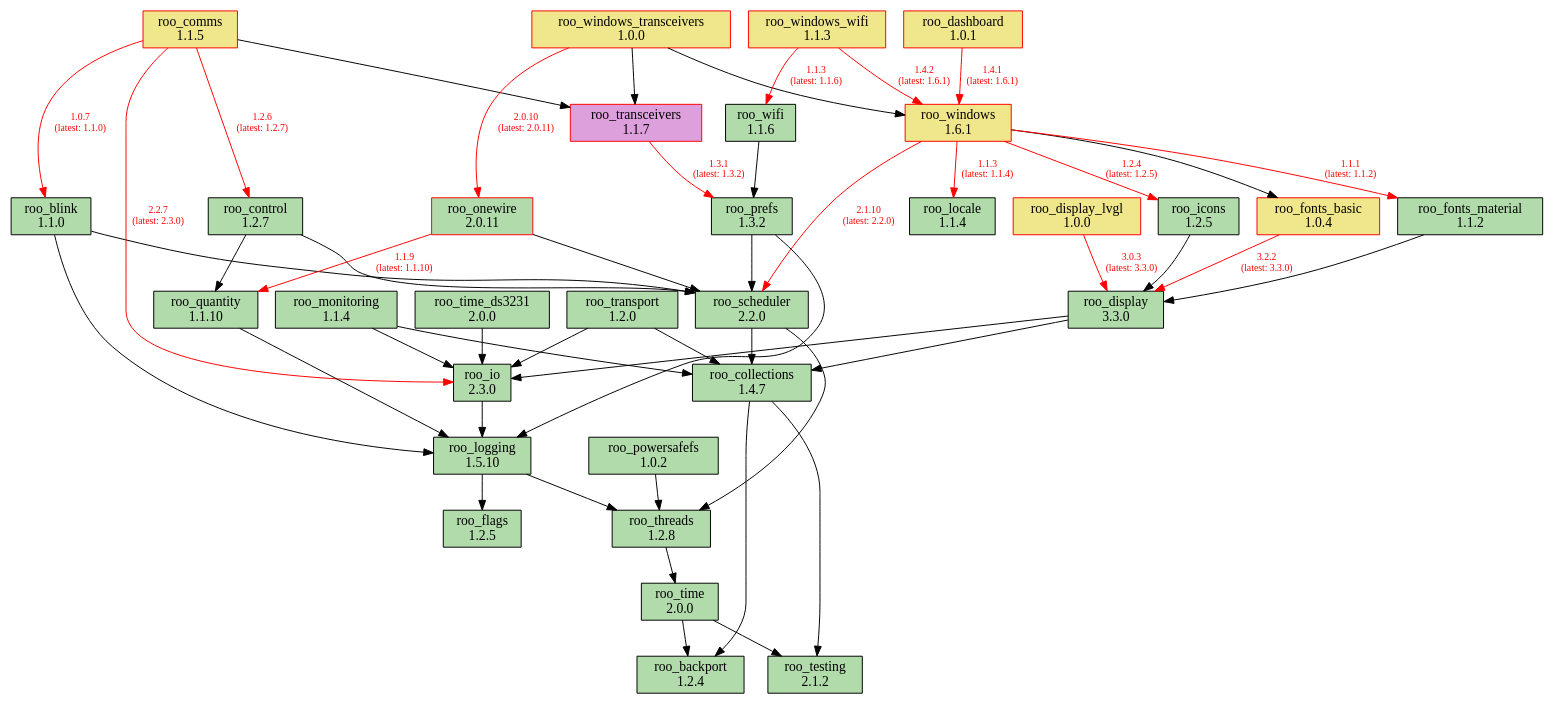
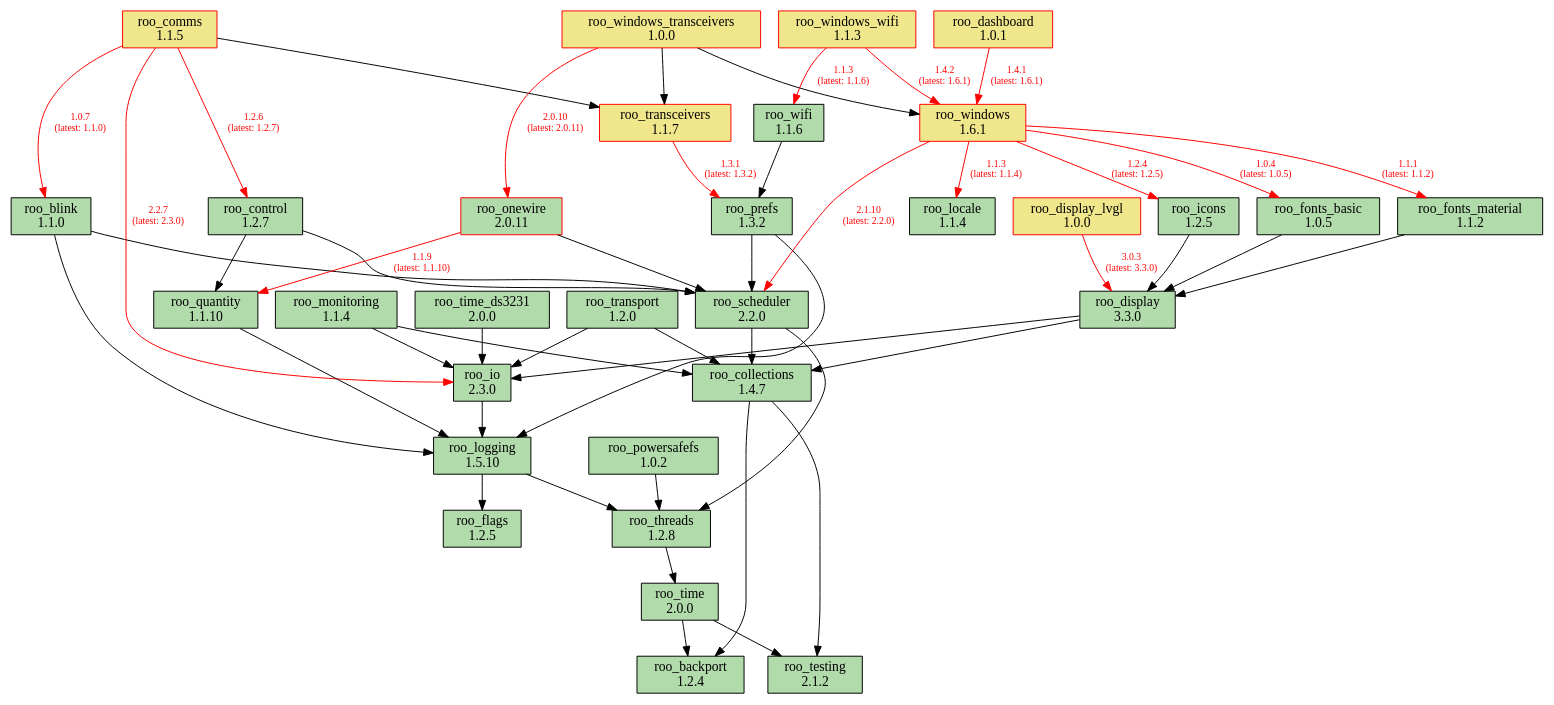
One commit to dejwk/roo-registry changed the diagram in doc/dependencies.dot. Above: the diagram before and after it, drawn with Graphviz. The commit also changed 3 other files, not shown here.

Commit message:
Added roo_fonts_basic 1.0.5 to the registry.

```diff
--- a/doc/dependencies.dot
+++ b/doc/dependencies.dot
@@ -1,88 +1,88 @@
 digraph dependencies {
     rankdir=TB;
     node [shape=box, style=filled];
     edge [fontsize=10];
 
     // Modules
     "roo_backport" [label="roo_backport\n1.2.4", fillcolor="#b1dbab", color="black"];
     "roo_blink" [label="roo_blink\n1.1.0", fillcolor="#b1dbab", color="black"];
     "roo_collections" [label="roo_collections\n1.4.7", fillcolor="#b1dbab", color="black"];
     "roo_comms" [label="roo_comms\n1.1.5", fillcolor="khaki", color="red"];
     "roo_control" [label="roo_control\n1.2.7", fillcolor="#b1dbab", color="black"];
     "roo_dashboard" [label="roo_dashboard\n1.0.1", fillcolor="khaki", color="red"];
     "roo_display" [label="roo_display\n3.3.0", fillcolor="#b1dbab", color="black"];
     "roo_display_lvgl" [label="roo_display_lvgl\n1.0.0", fillcolor="khaki", color="red"];
     "roo_flags" [label="roo_flags\n1.2.5", fillcolor="#b1dbab", color="black"];
-    "roo_fonts_basic" [label="roo_fonts_basic\n1.0.4", fillcolor="khaki", color="red"];
+    "roo_fonts_basic" [label="roo_fonts_basic\n1.0.5", fillcolor="#b1dbab", color="black"];
     "roo_fonts_material" [label="roo_fonts_material\n1.1.2", fillcolor="#b1dbab", color="black"];
     "roo_icons" [label="roo_icons\n1.2.5", fillcolor="#b1dbab", color="black"];
     "roo_io" [label="roo_io\n2.3.0", fillcolor="#b1dbab", color="black"];
     "roo_locale" [label="roo_locale\n1.1.4", fillcolor="#b1dbab", color="black"];
     "roo_logging" [label="roo_logging\n1.5.10", fillcolor="#b1dbab", color="black"];
     "roo_monitoring" [label="roo_monitoring\n1.1.4", fillcolor="#b1dbab", color="black"];
     "roo_onewire" [label="roo_onewire\n2.0.11", fillcolor="#b1dbab", color="red"];
     "roo_powersafefs" [label="roo_powersafefs\n1.0.2", fillcolor="#b1dbab", color="black"];
     "roo_prefs" [label="roo_prefs\n1.3.2", fillcolor="#b1dbab", color="black"];
     "roo_quantity" [label="roo_quantity\n1.1.10", fillcolor="#b1dbab", color="black"];
     "roo_scheduler" [label="roo_scheduler\n2.2.0", fillcolor="#b1dbab", color="black"];
     "roo_testing" [label="roo_testing\n2.1.2", fillcolor="#b1dbab", color="black"];
     "roo_threads" [label="roo_threads\n1.2.8", fillcolor="#b1dbab", color="black"];
     "roo_time" [label="roo_time\n2.0.0", fillcolor="#b1dbab", color="black"];
     "roo_time_ds3231" [label="roo_time_ds3231\n2.0.0", fillcolor="#b1dbab", color="black"];
-    "roo_transceivers" [label="roo_transceivers\n1.1.7", fillcolor="plum", color="red"];
+    "roo_transceivers" [label="roo_transceivers\n1.1.7", fillcolor="khaki", color="red"];
     "roo_transport" [label="roo_transport\n1.2.0", fillcolor="#b1dbab", color="black"];
     "roo_wifi" [label="roo_wifi\n1.1.6", fillcolor="#b1dbab", color="black"];
     "roo_windows" [label="roo_windows\n1.6.1", fillcolor="khaki", color="red"];
     "roo_windows_transceivers" [label="roo_windows_transceivers\n1.0.0", fillcolor="khaki", color="red"];
     "roo_windows_wifi" [label="roo_windows_wifi\n1.1.3", fillcolor="khaki", color="red"];
 
     // Dependencies
     "roo_blink" -> "roo_logging";
     "roo_blink" -> "roo_scheduler";
     "roo_collections" -> "roo_testing";
     "roo_collections" -> "roo_backport";
     "roo_comms" -> "roo_blink" [color=red, fontcolor=red, label="1.0.7\n(latest: 1.1.0)"];
     "roo_comms" -> "roo_control" [color=red, fontcolor=red, label="1.2.6\n(latest: 1.2.7)"];
     "roo_comms" -> "roo_io" [color=red, fontcolor=red, label="2.2.7\n(latest: 2.3.0)"];
     "roo_comms" -> "roo_transceivers";
     "roo_control" -> "roo_quantity";
     "roo_control" -> "roo_scheduler";
     "roo_dashboard" -> "roo_windows" [color=red, fontcolor=red, label="1.4.1\n(latest: 1.6.1)"];
     "roo_display" -> "roo_collections";
     "roo_display" -> "roo_io";
     "roo_display_lvgl" -> "roo_display" [color=red, fontcolor=red, label="3.0.3\n(latest: 3.3.0)"];
-    "roo_fonts_basic" -> "roo_display" [color=red, fontcolor=red, label="3.2.2\n(latest: 3.3.0)"];
+    "roo_fonts_basic" -> "roo_display";
     "roo_fonts_material" -> "roo_display";
     "roo_icons" -> "roo_display";
     "roo_io" -> "roo_logging";
     "roo_logging" -> "roo_flags";
     "roo_logging" -> "roo_threads";
     "roo_monitoring" -> "roo_collections";
     "roo_monitoring" -> "roo_io";
     "roo_onewire" -> "roo_scheduler";
     "roo_onewire" -> "roo_quantity" [color=red, fontcolor=red, label="1.1.9\n(latest: 1.1.10)"];
     "roo_powersafefs" -> "roo_threads";
     "roo_prefs" -> "roo_logging";
     "roo_prefs" -> "roo_scheduler";
     "roo_quantity" -> "roo_logging";
     "roo_scheduler" -> "roo_collections";
     "roo_scheduler" -> "roo_threads";
     "roo_threads" -> "roo_time";
     "roo_time" -> "roo_testing";
     "roo_time" -> "roo_backport";
     "roo_time_ds3231" -> "roo_io";
     "roo_transceivers" -> "roo_prefs" [color=red, fontcolor=red, label="1.3.1\n(latest: 1.3.2)"];
     "roo_transport" -> "roo_collections";
     "roo_transport" -> "roo_io";
     "roo_wifi" -> "roo_prefs";
-    "roo_windows" -> "roo_fonts_basic";
+    "roo_windows" -> "roo_fonts_basic" [color=red, fontcolor=red, label="1.0.4\n(latest: 1.0.5)"];
     "roo_windows" -> "roo_fonts_material" [color=red, fontcolor=red, label="1.1.1\n(latest: 1.1.2)"];
     "roo_windows" -> "roo_locale" [color=red, fontcolor=red, label="1.1.3\n(latest: 1.1.4)"];
     "roo_windows" -> "roo_icons" [color=red, fontcolor=red, label="1.2.4\n(latest: 1.2.5)"];
     "roo_windows" -> "roo_scheduler" [color=red, fontcolor=red, label="2.1.10\n(latest: 2.2.0)"];
     "roo_windows_transceivers" -> "roo_onewire" [color=red, fontcolor=red, label="2.0.10\n(latest: 2.0.11)"];
     "roo_windows_transceivers" -> "roo_transceivers";
     "roo_windows_transceivers" -> "roo_windows";
     "roo_windows_wifi" -> "roo_wifi" [color=red, fontcolor=red, label="1.1.3\n(latest: 1.1.6)"];
     "roo_windows_wifi" -> "roo_windows" [color=red, fontcolor=red, label="1.4.2\n(latest: 1.6.1)"];
 }
```
